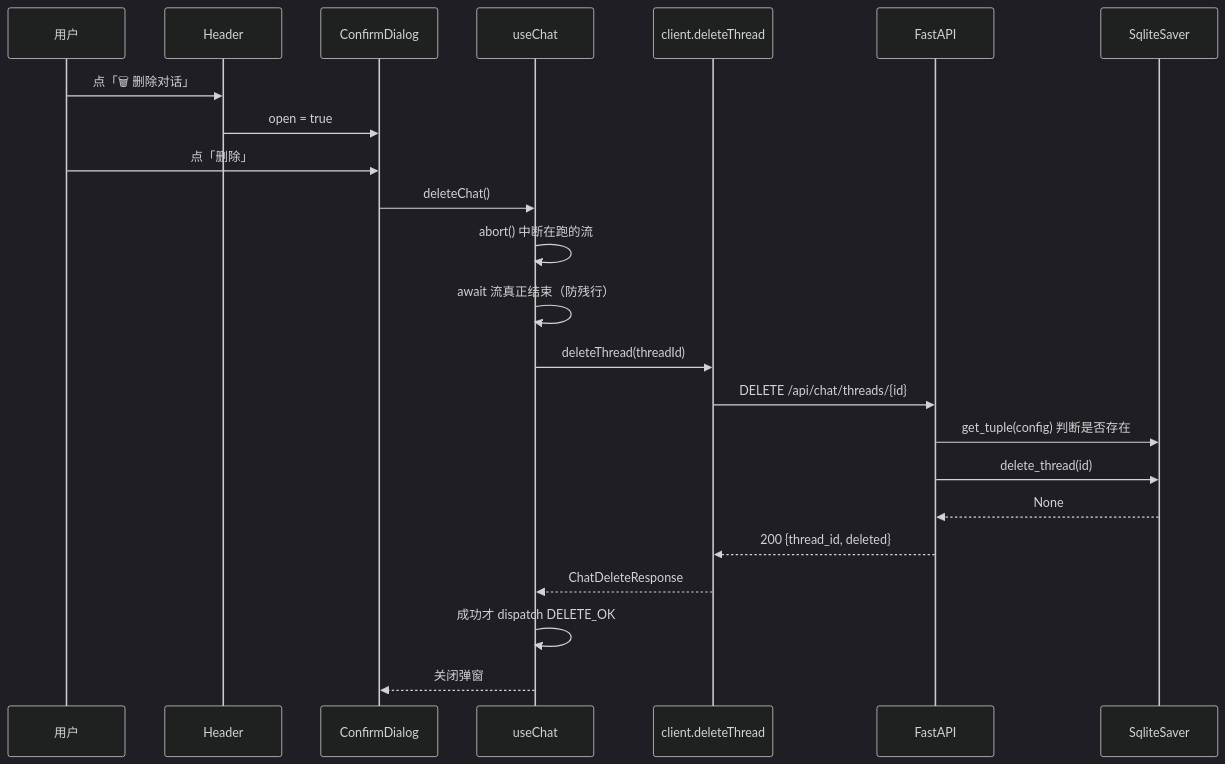
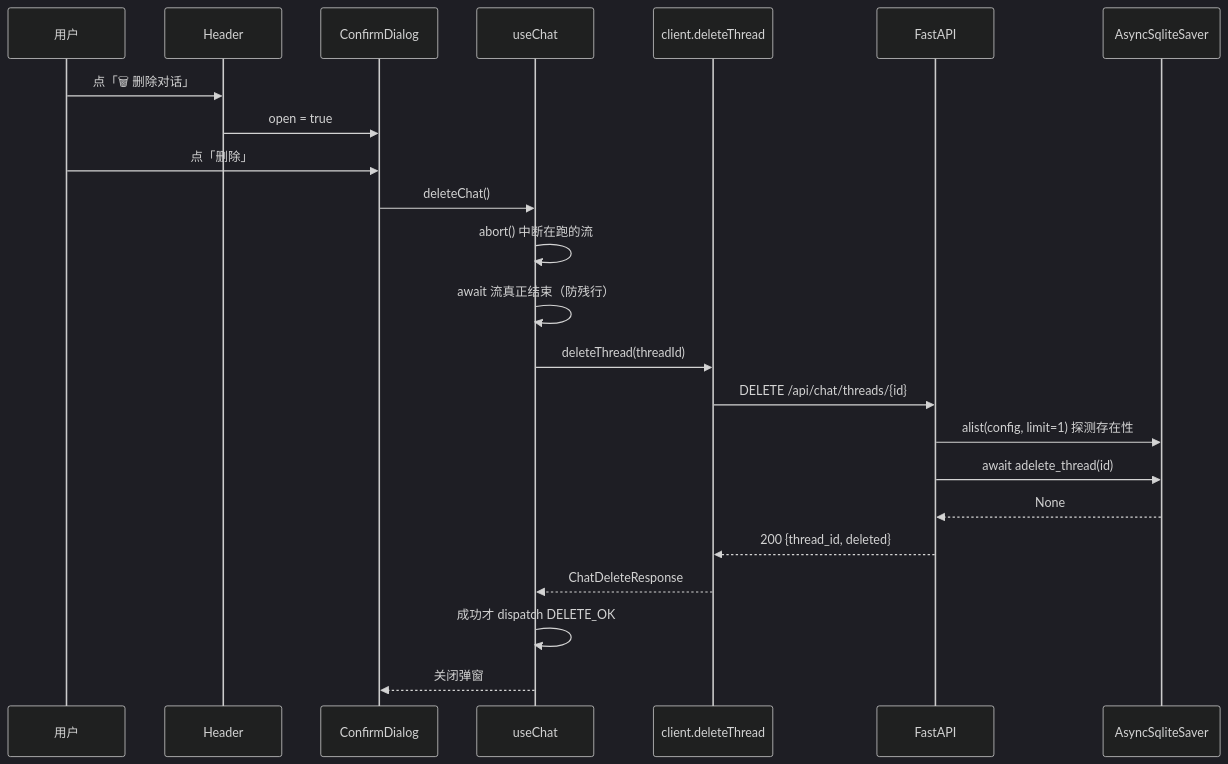
Before and after one commit to 7641751/advanced_tutorial: the diagram in rag_qa_project/docs/superpowers/specs/2026-09-13-delete-conversation-design.md, drawn with Mermaid (dark theme). The commit also changed other lines of this file and 31 other files, not shown here.

````diff
--- a/rag_qa_project/docs/superpowers/specs/2026-09-13-delete-conversation-design.md
+++ b/rag_qa_project/docs/superpowers/specs/2026-09-13-delete-conversation-design.md
@@ -56,25 +57,25 @@
 ```mermaid
 sequenceDiagram
     participant U as 用户
     participant H as Header
     participant D as ConfirmDialog
     participant C as useChat
     participant API as client.deleteThread
     participant BE as FastAPI
-    participant CP as SqliteSaver
+    participant CP as AsyncSqliteSaver
     U->>H: 点「🗑 删除对话」
     H->>D: open = true
     U->>D: 点「删除」
     D->>C: deleteChat()
     C->>C: abort() 中断在跑的流
     C->>C: await 流真正结束（防残行）
     C->>API: deleteThread(threadId)
     API->>BE: DELETE /api/chat/threads/{id}
-    BE->>CP: get_tuple(config) 判断是否存在
-    BE->>CP: delete_thread(id)
+    BE->>CP: alist(config, limit=1) 探测存在性
+    BE->>CP: await adelete_thread(id)
     CP-->>BE: None
     BE-->>API: 200 {thread_id, deleted}
     API-->>C: ChatDeleteResponse
     C->>C: 成功才 dispatch DELETE_OK
     C-->>D: 关闭弹窗
 ```
````
